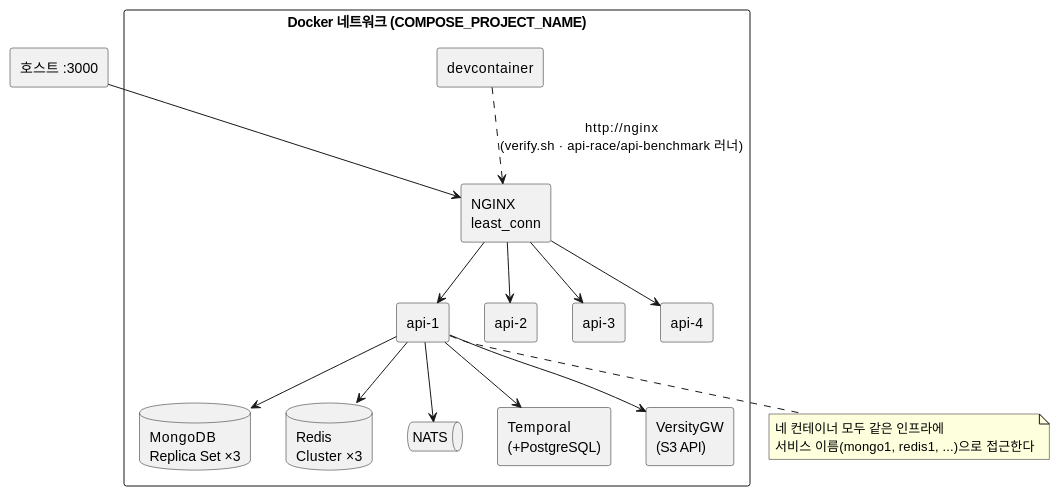
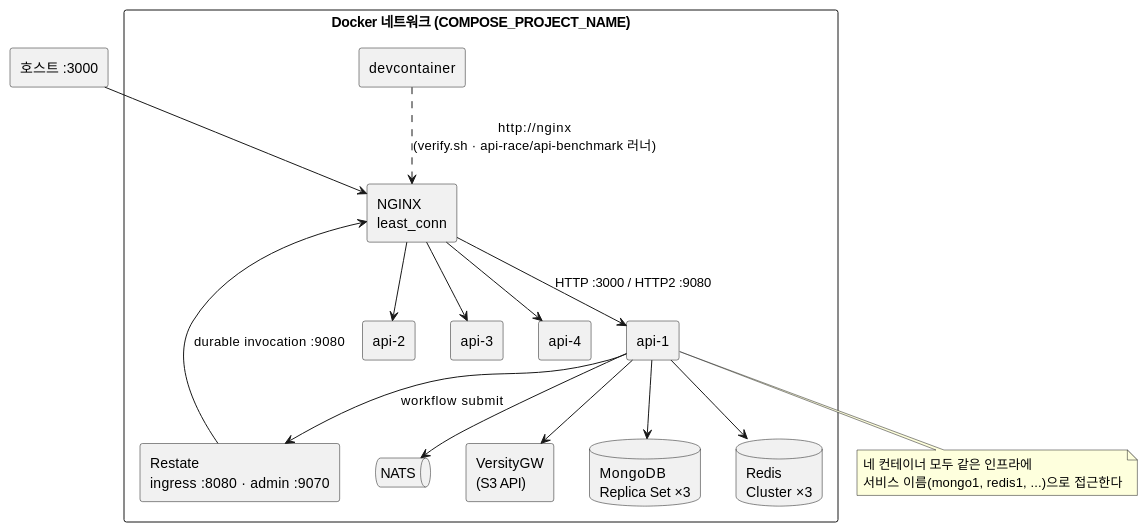
Before and after one commit to mannercode/nest-seed: the diagram in docs/deploy.md, drawn with PlantUML. The commit also changed other lines of this file and 116 other files, not shown here.

Commit message:
refactor(workflow): replace temporal with restate

````diff
--- a/docs/deploy.md
+++ b/docs/deploy.md
@@ -11,36 +11,37 @@
 ```plantuml
 @startuml
 skinparam componentStyle rectangle
 
 rectangle "호스트 :3000" as hostport
 rectangle "Docker 네트워크 (COMPOSE_PROJECT_NAME)" {
     [NGINX\nleast_conn] as nginx
     [api-1] as a1
     [api-2] as a2
     [api-3] as a3
     [api-4] as a4
     database "MongoDB\nReplica Set ×3" as mongo
     database "Redis\nCluster ×3" as redis
     queue NATS as nats
-    [Temporal\n(+PostgreSQL)] as temporal
+    [Restate\ningress :8080 · admin :9070] as restate
     [VersityGW\n(S3 API)] as s3
     [devcontainer] as dev
 }
 
 hostport --> nginx
-nginx --> a1
+nginx --> a1 : HTTP :3000 / HTTP2 :9080
 nginx --> a2
 nginx --> a3
 nginx --> a4
 a1 --> mongo
 a1 --> redis
 a1 --> nats
-a1 --> temporal
+a1 --> restate : workflow submit
+restate --> nginx : durable invocation :9080
 a1 --> s3
 note bottom of a1
   네 컨테이너 모두 같은 인프라에
   서비스 이름(mongo1, redis1, ...)으로 접근한다
 end note
 dev ..> nginx : http://nginx\n(verify.sh · api-race/api-benchmark 러너)
 @enduml
 ```
````
